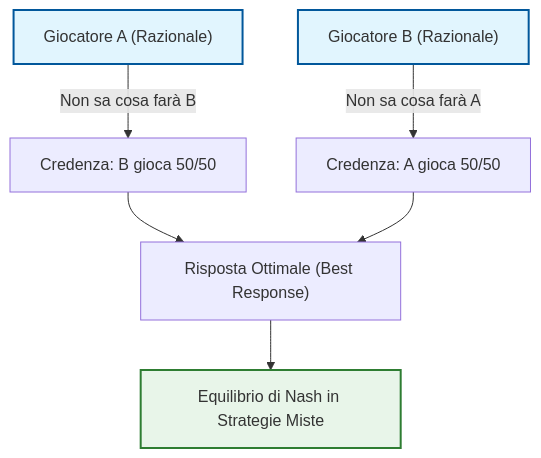
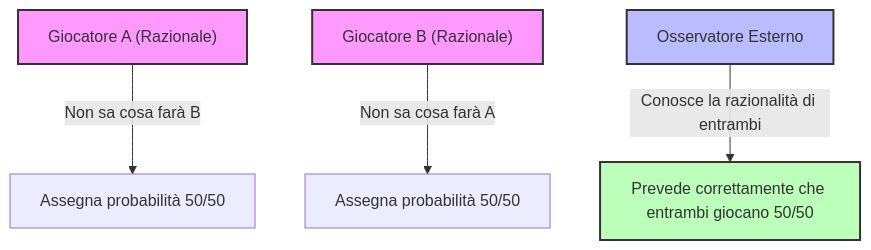
One commit to giovannistefanuto/Lezionify-Appunti changed the second of 2 diagrams in Game Theory/2026-10-12/schema.md. Above: the diagram before and after it, drawn with Mermaid. The commit also changed other lines of this file and 2 other files, not shown here.

````diff
--- a/Game Theory/2026-10-12/schema.md
+++ b/Game Theory/2026-10-12/schema.md
@@ -288,12 +298,11 @@
 ```mermaid
 flowchart TD
-    A["Giocatore A (Razionale)"] -->|"Non sa cosa farà B"| B["Credenza: B gioca 50/50"]
-    C["Giocatore B (Razionale)"] -->|"Non sa cosa farà A"| D["Credenza: A gioca 50/50"]
-    B --> E["Risposta Ottimale (Best Response)"]
-    D --> E
-    E --> F["Equilibrio di Nash in Strategie Miste"]
-
-    style A fill:#e1f5fe,stroke:#01579b,stroke-width:2px
-    style C fill:#e1f5fe,stroke:#01579b,stroke-width:2px
-    style F fill:#e8f5e9,stroke:#2e7d32,stroke-width:2px
+    A["Giocatore A (Razionale)"] -->|"Non sa cosa farà B"| B["Assegna probabilità 50/50"]
+    C["Giocatore B (Razionale)"] -->|"Non sa cosa farà A"| D["Assegna probabilità 50/50"]
+    E["Osservatore Esterno"] -->|"Conosce la razionalità di entrambi"| F["Prevede correttamente che entrambi giocano 50/50"]
+    
+    style A fill:#f9f,stroke:#333,stroke-width:2px
+    style C fill:#f9f,stroke:#333,stroke-width:2px
+    style E fill:#bbf,stroke:#333,stroke-width:2px
+    style F fill:#bfb,stroke:#333,stroke-width:2px
 ```
````
